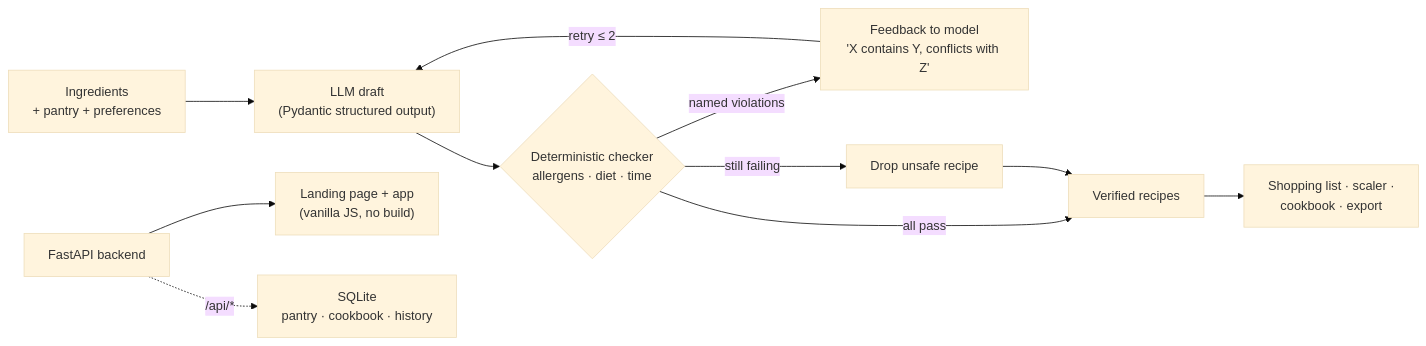
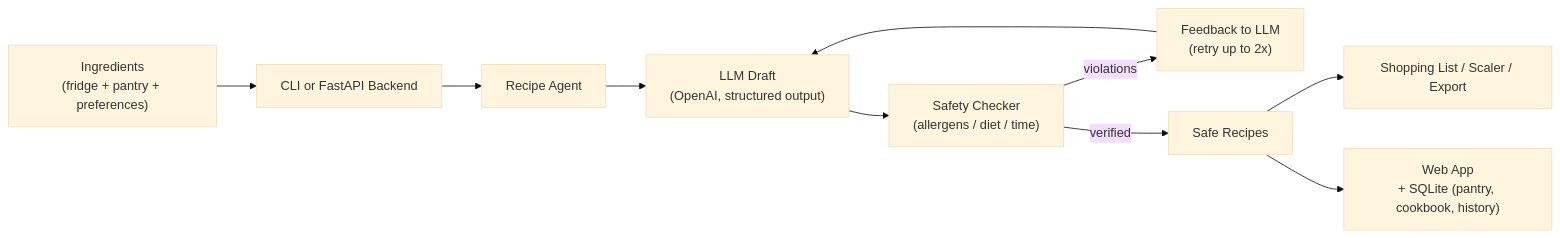
The diagram in README.md (MaddipatlaChetan24/SafePlate), drawn with Mermaid (base theme) before and after one commit. The commit also changed other lines of this file, not shown here.

Commit message:
README: restructure into features table, architecture, quick start, usage and deployment

````diff
--- a/README.md
+++ b/README.md
@@ -58,14 +38,14 @@
 ```mermaid
 flowchart LR
-    A["Ingredients\n+ pantry + preferences"] --> B["LLM draft\n(Pydantic structured output)"]
-    B --> C{"Deterministic checker\nallergens · diet · time"}
-    C -->|"all pass"| E["Verified recipes"]
-    C -->|"named violations"| D["Feedback to model\n'X contains Y, conflicts with Z'"]
-    D -->|"retry ≤ 2"| B
-    C -->|"still failing"| F["Drop unsafe recipe"]
-    F --> E
-    E --> G["Shopping list · scaler ·\ncookbook · export"]
+    A["Ingredients\n(fridge + pantry + preferences)"] --> B["CLI or FastAPI Backend"]
+    B --> C["Recipe Agent"]
+    C --> D["LLM Draft\n(OpenAI, structured output)"]
+    D --> E["Safety Checker\n(allergens / diet / time)"]
 
-    H["FastAPI backend"] --> I["Landing page + app\n(vanilla JS, no build)"]
-    H -.->|"/api/*"| J["SQLite\npantry · cookbook · history"]
+    E -->|"violations"| F["Feedback to LLM\n(retry up to 2x)"]
+    F --> D
+    E -->|"verified"| G["Safe Recipes"]
+
+    G --> H["Shopping List / Scaler / Export"]
+    G --> I["Web App\n+ SQLite (pantry, cookbook, history)"]
 ```
````
